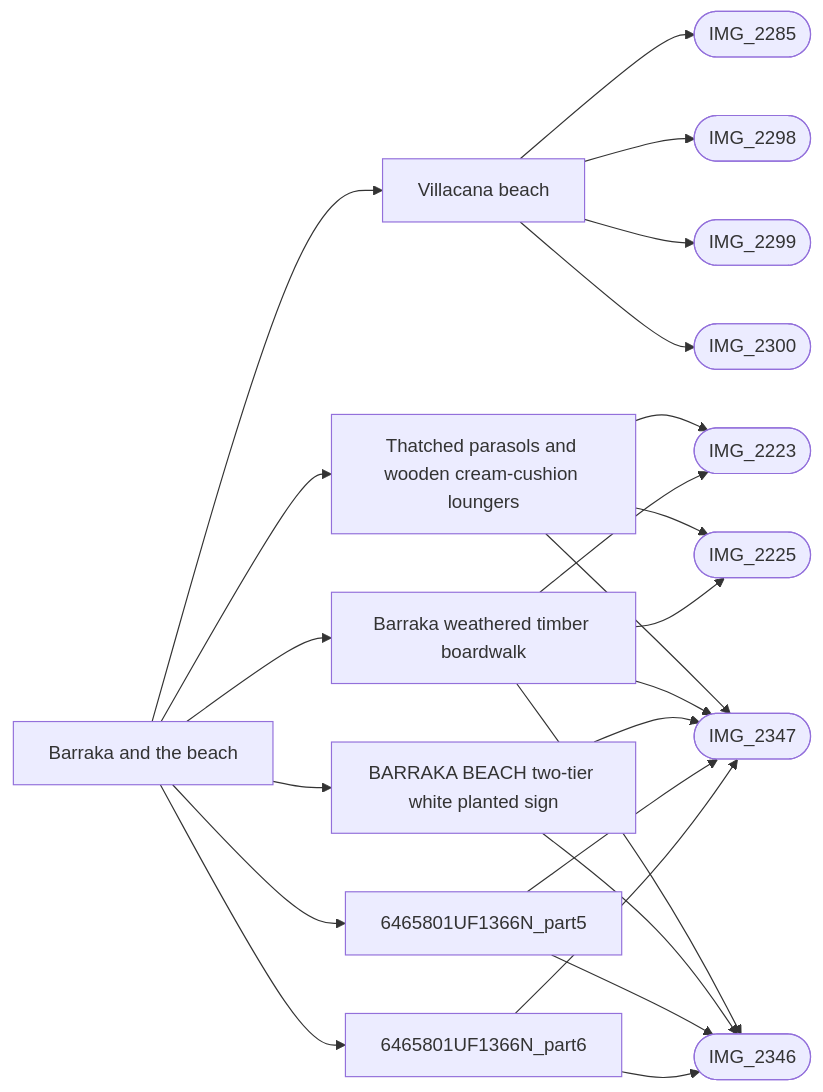
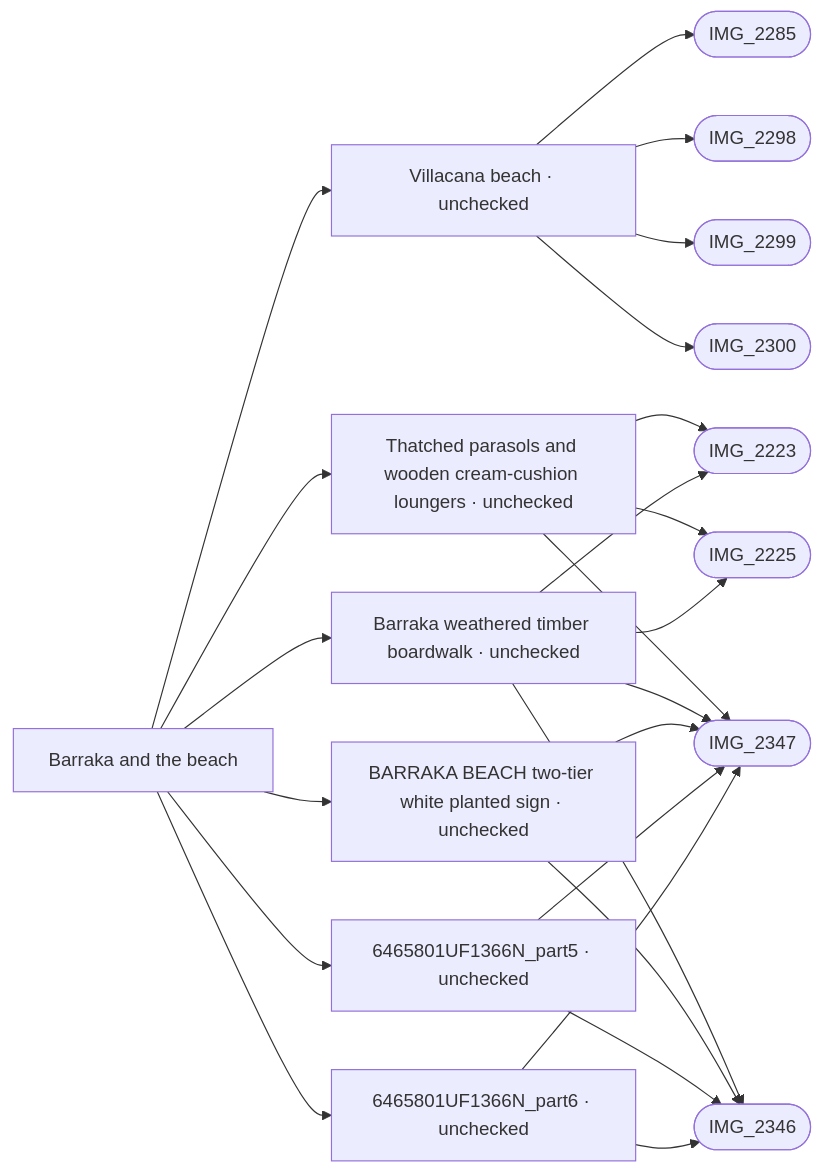
The diagram in refs/areas/barraka-beach.md (daveyboyc/villacana-venture), drawn with Mermaid before and after one commit. The commit also changed other lines of this file and 47 other files, not shown here.

````diff
--- a/refs/areas/barraka-beach.md
+++ b/refs/areas/barraka-beach.md
@@ -37,27 +37,27 @@
 ```mermaid
 graph LR
   A["Barraka and the beach"]
-  A --> F0["Villacana beach"]
+  A --> F0["Villacana beach · unchecked"]
   F0 --> PIMG_2285_jpg(["IMG_2285"])
   F0 --> PIMG_2298_jpg(["IMG_2298"])
   F0 --> PIMG_2299_jpg(["IMG_2299"])
   F0 --> PIMG_2300_jpg(["IMG_2300"])
-  A --> F1["Thatched parasols and wooden cream-cushion loungers"]
+  A --> F1["Thatched parasols and wooden cream-cushion loungers · unchecked"]
   F1 --> PIMG_2223_jpg(["IMG_2223"])
   F1 --> PIMG_2225_jpg(["IMG_2225"])
   F1 --> PIMG_2347_jpg(["IMG_2347"])
-  A --> F2["Barraka weathered timber boardwalk"]
+  A --> F2["Barraka weathered timber boardwalk · unchecked"]
   F2 --> PIMG_2223_jpg(["IMG_2223"])
   F2 --> PIMG_2225_jpg(["IMG_2225"])
   F2 --> PIMG_2346_jpg(["IMG_2346"])
   F2 --> PIMG_2347_jpg(["IMG_2347"])
-  A --> F3["BARRAKA BEACH two-tier white planted sign"]
+  A --> F3["BARRAKA BEACH two-tier white planted sign · unchecked"]
   F3 --> PIMG_2346_jpg(["IMG_2346"])
   F3 --> PIMG_2347_jpg(["IMG_2347"])
-  A --> F4["6465801UF1366N_part5"]
+  A --> F4["6465801UF1366N_part5 · unchecked"]
   F4 --> PIMG_2346_jpg(["IMG_2346"])
   F4 --> PIMG_2347_jpg(["IMG_2347"])
-  A --> F5["6465801UF1366N_part6"]
+  A --> F5["6465801UF1366N_part6 · unchecked"]
   F5 --> PIMG_2346_jpg(["IMG_2346"])
   F5 --> PIMG_2347_jpg(["IMG_2347"])
 ```
````
